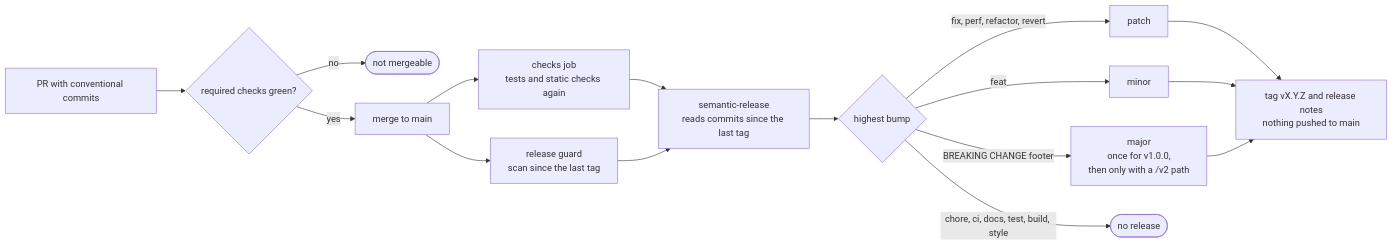
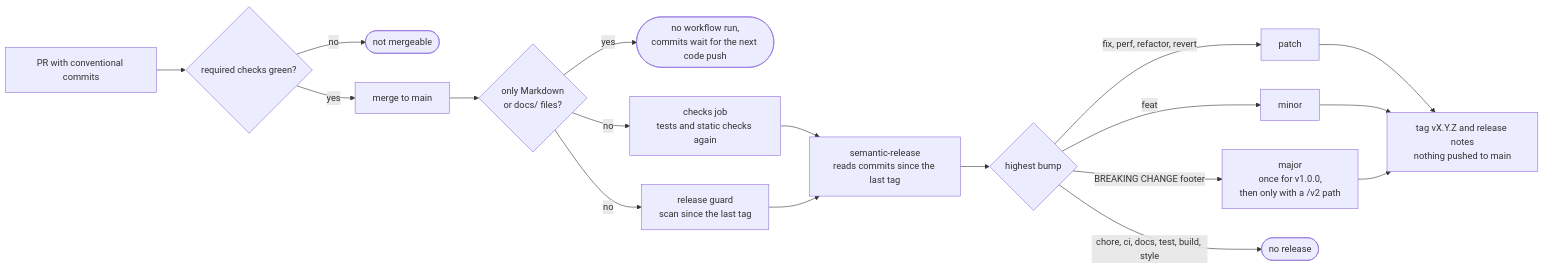
The second of 2 diagrams in 06-testing-and-ci.md (christiangda/powertools-lambda-go-plan), drawn with Mermaid before and after one commit. The commit also changed other lines of this file and 11 other files, not shown here.

````diff
--- a/06-testing-and-ci.md
+++ b/06-testing-and-ci.md
@@ -423,15 +567,17 @@
 ```mermaid
 flowchart LR
   pr["PR with conventional commits"] --> req{"required checks green?"}
   req -- no --> blocked(["not mergeable"])
   req -- yes --> merge["merge to main"]
-  merge --> checks["checks job<br/>tests and static checks again"]
-  merge --> rg["release guard<br/>scan since the last tag"]
+  merge --> paths{"only Markdown<br/>or docs/ files?"}
+  paths -- yes --> idle(["no workflow run,<br/>commits wait for the next code push"])
+  paths -- no --> checks["checks job<br/>tests and static checks again"]
+  paths -- no --> rg["release guard<br/>scan since the last tag"]
   checks & rg --> sr["semantic-release<br/>reads commits since the last tag"]
   sr --> kind{"highest bump"}
   kind -- "fix, perf, refactor, revert" --> patch["patch"]
   kind -- feat --> minor["minor"]
   kind -- "BREAKING CHANGE footer" --> major["major<br/>once for v1.0.0,<br/>then only with a /v2 path"]
   kind -- "chore, ci, docs, test, build, style" --> none(["no release"])
   patch & minor & major --> tag["tag vX.Y.Z and release notes<br/>nothing pushed to main"]
 ```
````
